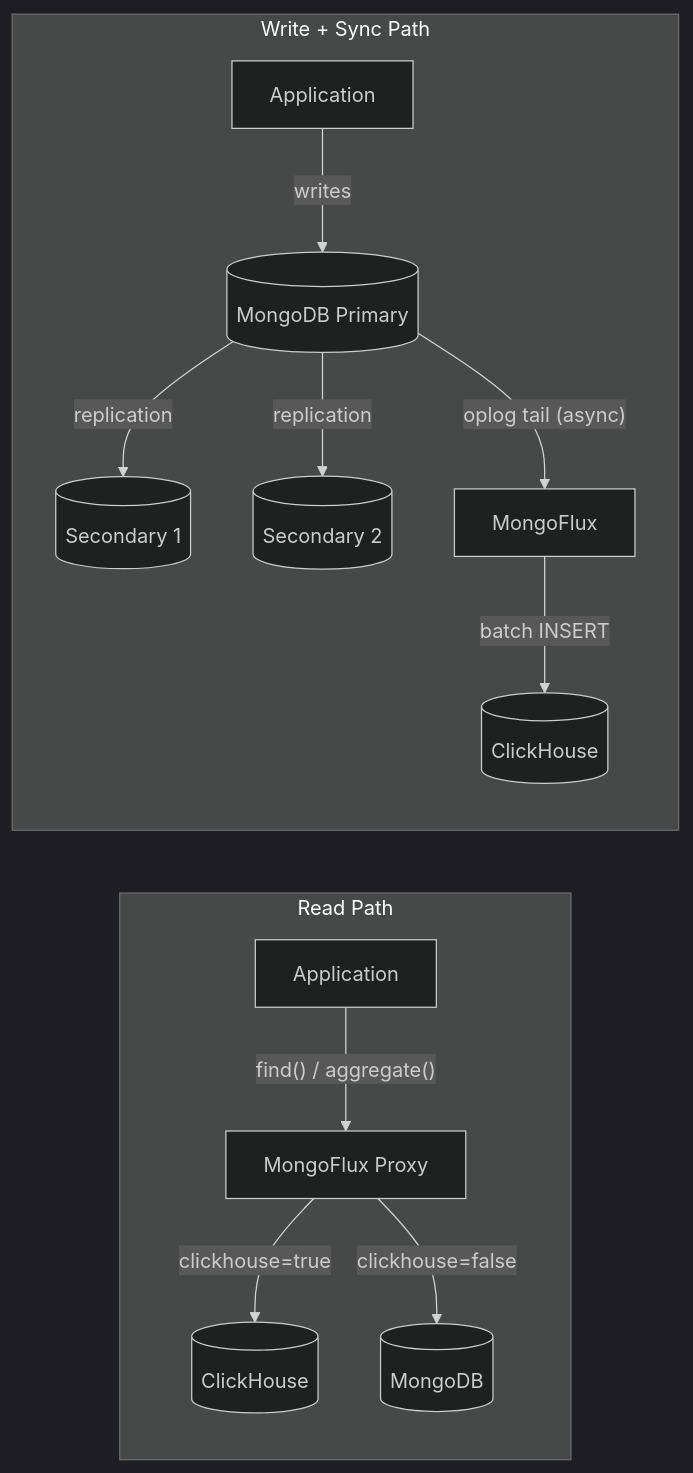
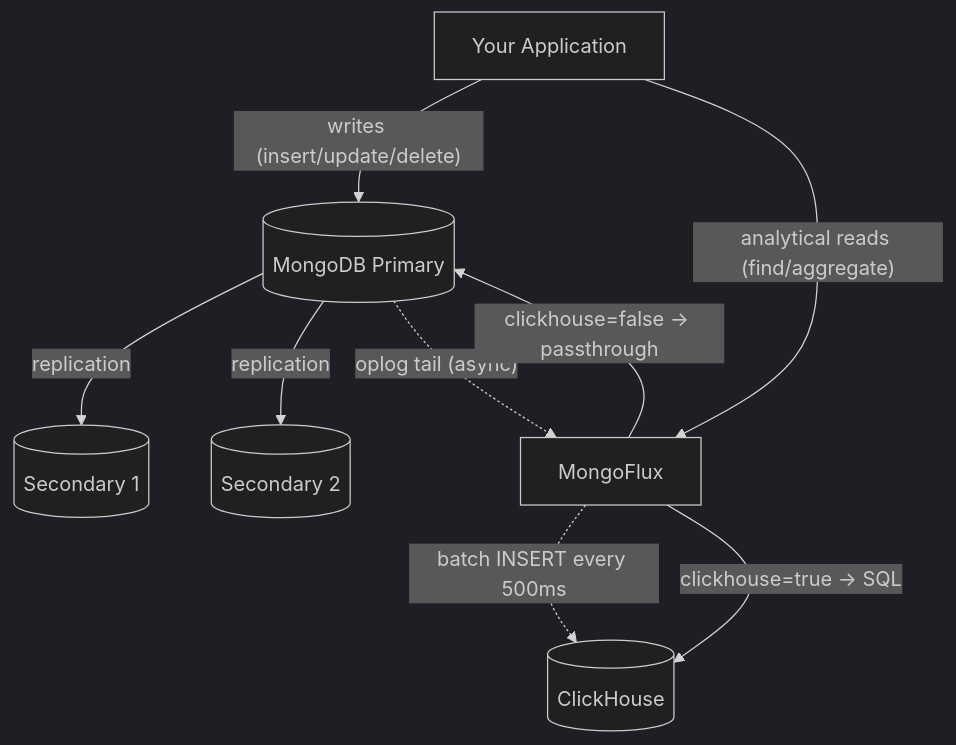
One commit to mrityunjaysharma/mongo-flux changed the first of 2 diagrams in README.md. Above: the diagram before and after it, drawn with Mermaid (dark theme).

````diff
--- a/README.md
+++ b/README.md
@@ -17,20 +17,15 @@
 ```mermaid
 flowchart TD
-    subgraph write_sync ["Write + Sync Path"]
-        direction TB
-        APP1[Application] -->|"writes"| MGP[(MongoDB Primary)]
-        MGP -->|replication| S1[(Secondary 1)]
-        MGP -->|replication| S2[(Secondary 2)]
-        MGP -->|"oplog tail (async)"| MF[MongoFlux]
-        MF -->|"batch INSERT"| CH[(ClickHouse)]
-    end
+    %% Write + Sync
+    APP[Your Application]
+    APP -->|"writes (insert/update/delete)"| MGP[(MongoDB Primary)]
+    MGP -->|replication| S1[(Secondary 1)]
+    MGP -->|replication| S2[(Secondary 2)]
+    MGP -.->|"oplog tail (async)"| MF[MongoFlux]
+    MF -.->|"batch INSERT every 500ms"| CH[(ClickHouse)]
 
-    subgraph read_path ["Read Path"]
-        direction TB
-        APP2[Application] -->|"find() / aggregate()"| MF2[MongoFlux Proxy]
-        MF2 -->|"clickhouse=true"| CH2[(ClickHouse)]
-        MF2 -->|"clickhouse=false"| MGP2[(MongoDB)]
-    end
-
-    write_sync ~~~ read_path
+    %% Read routing
+    APP -->|"analytical reads (find/aggregate)"| MF
+    MF -->|"clickhouse=true → SQL"| CH
+    MF -->|"clickhouse=false → passthrough"| MGP
 ```
````
